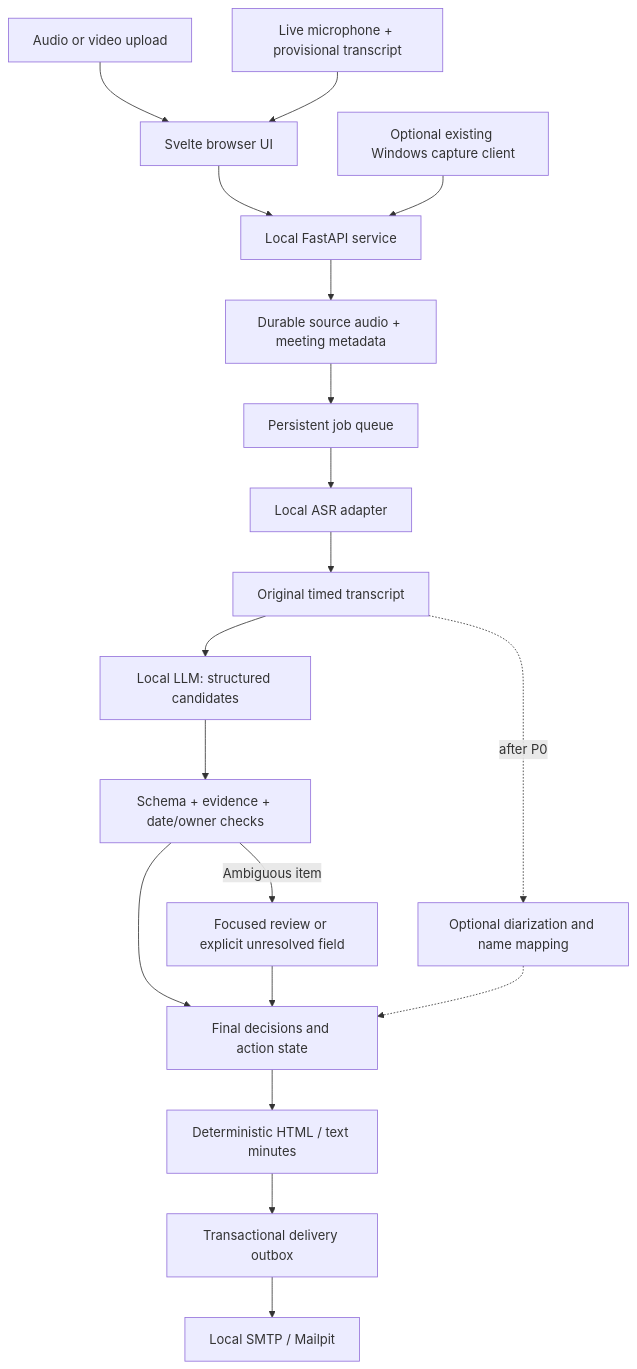
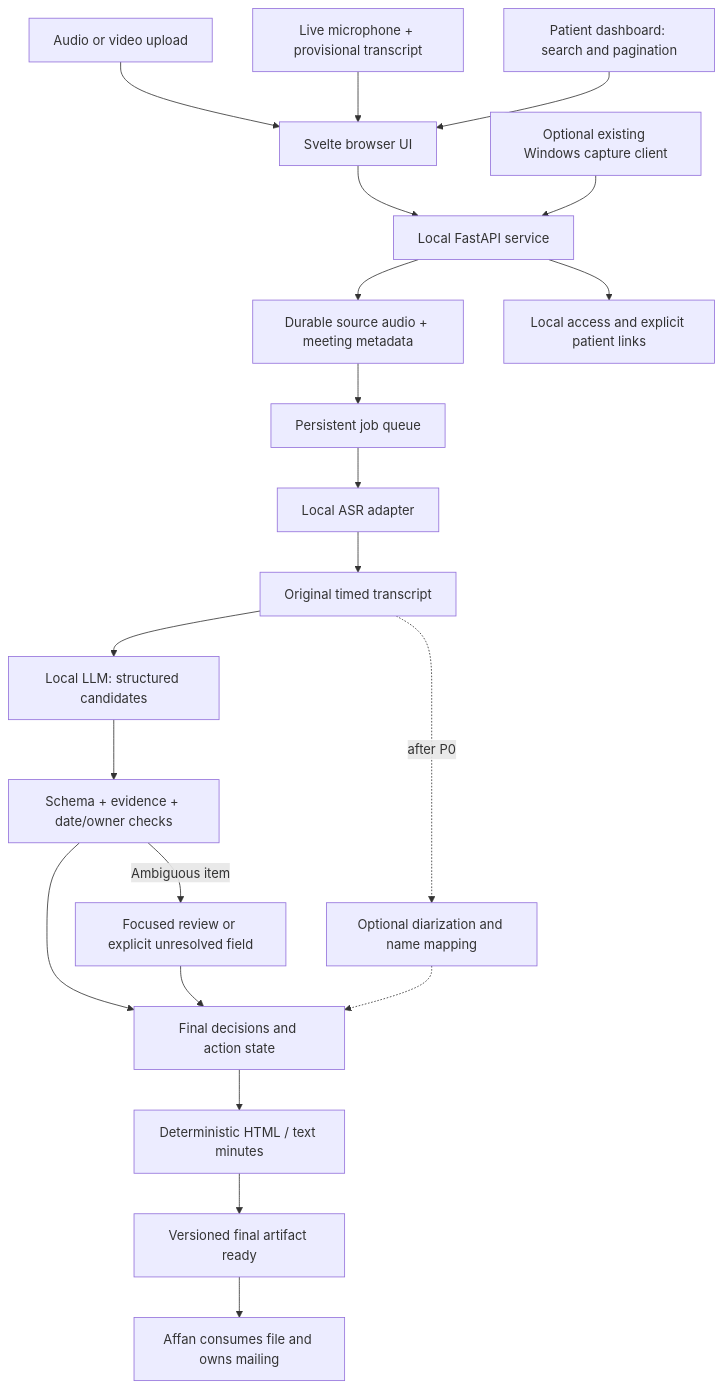
The diagram in hackathon/02-target-architecture.md (Horalix/gigahack_2026), drawn with Mermaid before and after one commit. The commit also changed other lines of this file and 32 other files, not shown here.

````diff
--- a/hackathon/02-target-architecture.md
+++ b/hackathon/02-target-architecture.md
@@ -7,21 +7,23 @@
 ```mermaid
 flowchart TD
     UPLOAD[Audio or video upload] --> WEB[Svelte browser UI]
     MIC[Live microphone + provisional transcript] --> WEB
     WEB --> API[Local FastAPI service]
     TAURI[Optional existing Windows capture client] --> API
     API --> AUDIO[Durable source audio + meeting metadata]
     AUDIO --> JOB[Persistent job queue]
     JOB --> ASR[Local ASR adapter]
     ASR --> TRANSCRIPT[Original timed transcript]
     TRANSCRIPT --> LLM[Local LLM: structured candidates]
     LLM --> CHECK[Schema + evidence + date/owner checks]
     CHECK --> STATE[Final decisions and action state]
     STATE --> RENDER[Deterministic HTML / text minutes]
-    RENDER --> OUTBOX[Transactional delivery outbox]
-    OUTBOX --> SMTP[Local SMTP / Mailpit]
+    RENDER --> FILE[Versioned final artifact ready]
+    FILE --> AFFAN[Affan consumes file and owns mailing]
+    DASH[Patient dashboard: search and pagination] --> WEB
+    API --> ACCESS[Local access and explicit patient links]
     TRANSCRIPT -. after P0 .-> SPEAKERS[Optional diarization and name mapping]
     SPEAKERS -.-> STATE
     CHECK -->|Ambiguous item| REVIEW[Focused review or explicit unresolved field]
     REVIEW --> STATE
 ```
````
